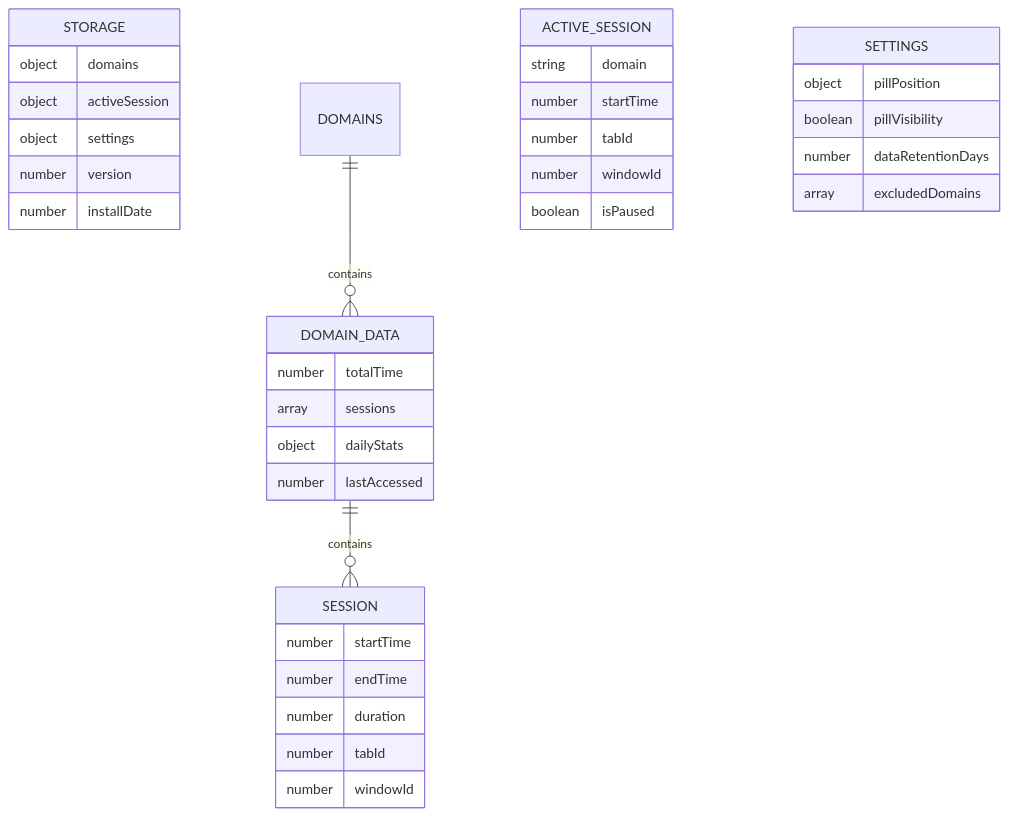
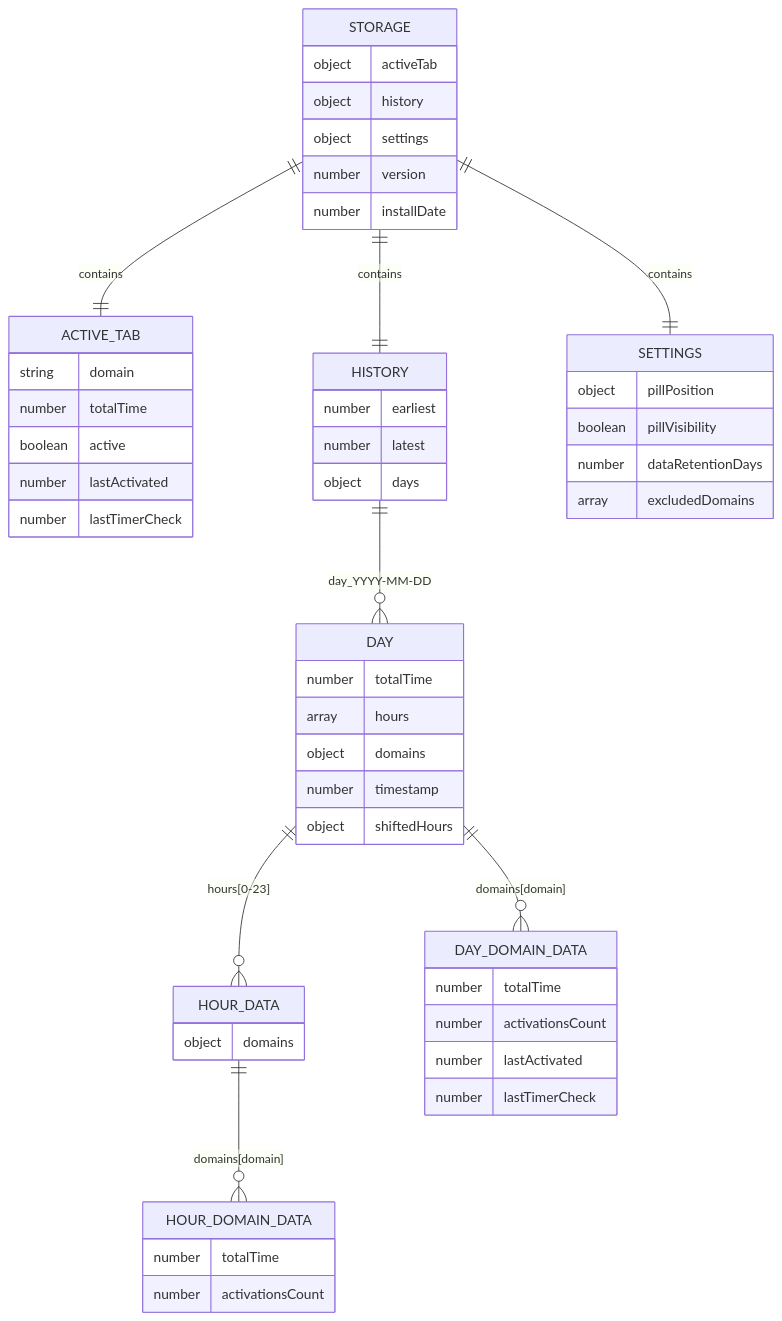
Before and after one commit to JayDosunmu/web-time-tracker: the fifth of 9 diagrams in docs/architecture-dataflow.md, drawn with Mermaid. The commit also changed other lines of this file and 4 other files, not shown here.

Commit message:
Update documentation for architecture

````diff
--- a/docs/architecture-dataflow.md
+++ b/docs/architecture-dataflow.md
@@ -174,42 +213,62 @@
 ```mermaid
 erDiagram
     STORAGE {
-        object domains
-        object activeSession
+        object activeTab
+        object history
         object settings
         number version
         number installDate
     }
 
-    DOMAINS ||--o{ DOMAIN_DATA : contains
-    DOMAIN_DATA {
+    STORAGE ||--|| ACTIVE_TAB : contains
+    ACTIVE_TAB {
+        string domain
         number totalTime
-        array sessions
-        object dailyStats
-        number lastAccessed
+        boolean active
+        number lastActivated
+        number lastTimerCheck
     }
 
-    DOMAIN_DATA ||--o{ SESSION : contains
-    SESSION {
-        number startTime
-        number endTime
-        number duration
-        number tabId
-        number windowId
+    STORAGE ||--|| HISTORY : contains
+    HISTORY {
+        number earliest
+        number latest
+        object days
     }
 
-    ACTIVE_SESSION {
-        string domain
-        number startTime
-        number tabId
-        number windowId
-        boolean isPaused
+    HISTORY ||--o{ DAY : "day_YYYY-MM-DD"
+    DAY {
+        number totalTime
+        array hours
+        object domains
+        number timestamp
+        object shiftedHours
     }
 
+    DAY ||--o{ HOUR_DATA : "hours[0-23]"
+    HOUR_DATA {
+        object domains
+    }
+
+    HOUR_DATA ||--o{ HOUR_DOMAIN_DATA : "domains[domain]"
+    HOUR_DOMAIN_DATA {
+        number totalTime
+        number activationsCount
+    }
+
+    DAY ||--o{ DAY_DOMAIN_DATA : "domains[domain]"
+    DAY_DOMAIN_DATA {
+        number totalTime
+        number activationsCount
+        number lastActivated
+        number lastTimerCheck
+    }
+
+    STORAGE ||--|| SETTINGS : contains
     SETTINGS {
         object pillPosition
         boolean pillVisibility
         number dataRetentionDays
         array excludedDomains
     }
 ```
````
